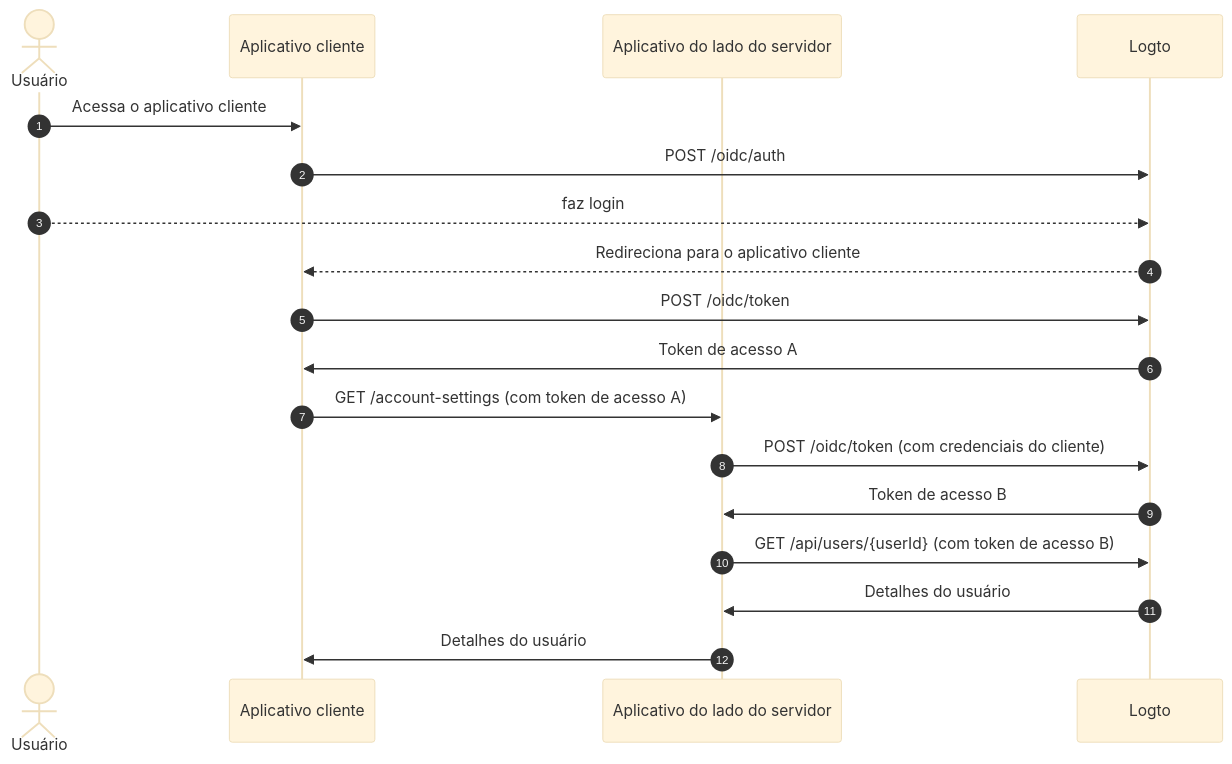
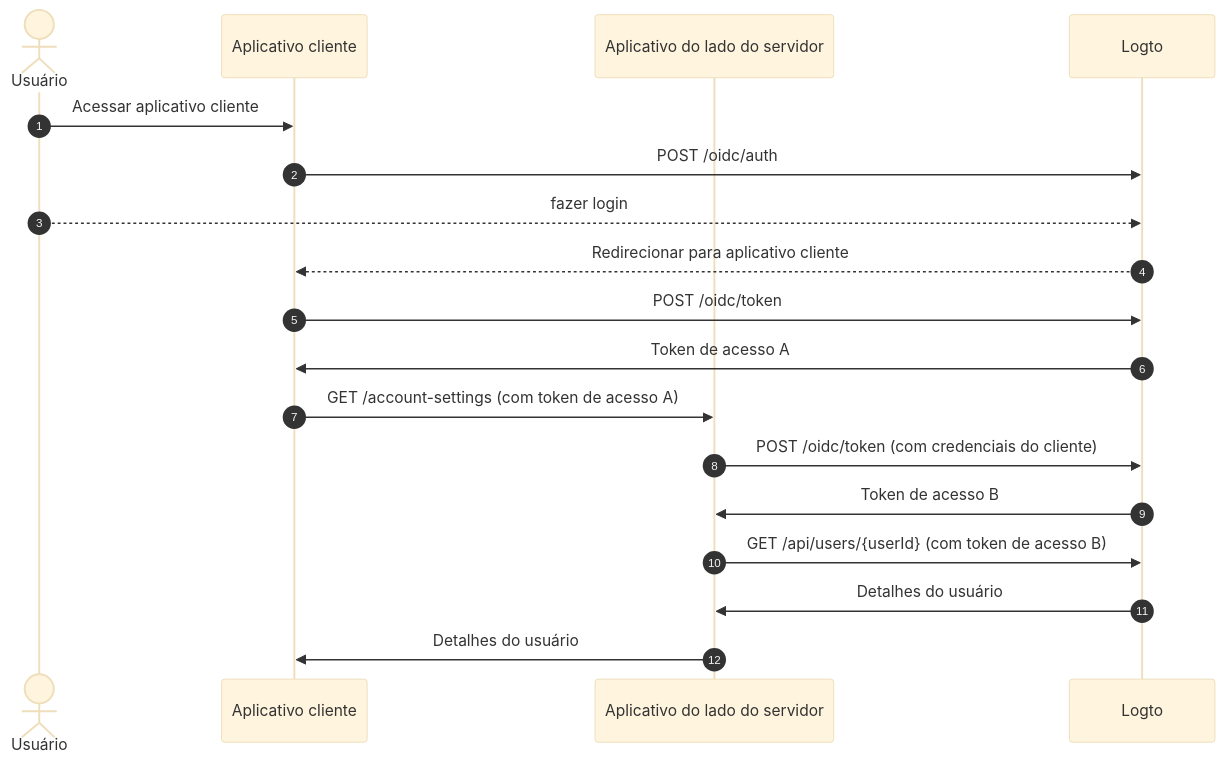
Before and after one commit to logto-io/docs: the second of 3 diagrams in i18n/pt-BR/docusaurus-plugin-content-docs/current/end-user-flows/account-settings/by-management-api.mdx, drawn with Mermaid (base theme). The commit also changed other lines of this file and 102 other files, not shown here.

````diff
--- a/i18n/pt-BR/docusaurus-plugin-content-docs/current/end-user-flows/account-settings/by-management-api.mdx
+++ b/i18n/pt-BR/docusaurus-plugin-content-docs/current/end-user-flows/account-settings/by-management-api.mdx
@@ -27,21 +27,21 @@
 ```mermaid
   sequenceDiagram
     autonumber
     actor User as Usuário
     participant Client as Aplicativo cliente
     participant Server as Aplicativo do lado do servidor
     participant Logto as Logto
 
-    User ->> Client: Acessa o aplicativo cliente
+    User ->> Client: Acessar aplicativo cliente
     Client ->> Logto: POST /oidc/auth
-    User -->> Logto: faz login
-    Logto -->> Client: Redireciona para o aplicativo cliente
+    User -->> Logto: fazer login
+    Logto -->> Client: Redirecionar para aplicativo cliente
     Client ->> Logto: POST /oidc/token
     Logto ->> Client: Token de acesso A
     Client ->> Server: GET /account-settings (com token de acesso A)
     Server ->> Logto: POST /oidc/token (com credenciais do cliente)
     Logto ->> Server: Token de acesso B
     Server ->> Logto: GET /api/users/{userId} (com token de acesso B)
     Logto ->> Server: Detalhes do usuário
     Server ->> Client: Detalhes do usuário
 ```
````
